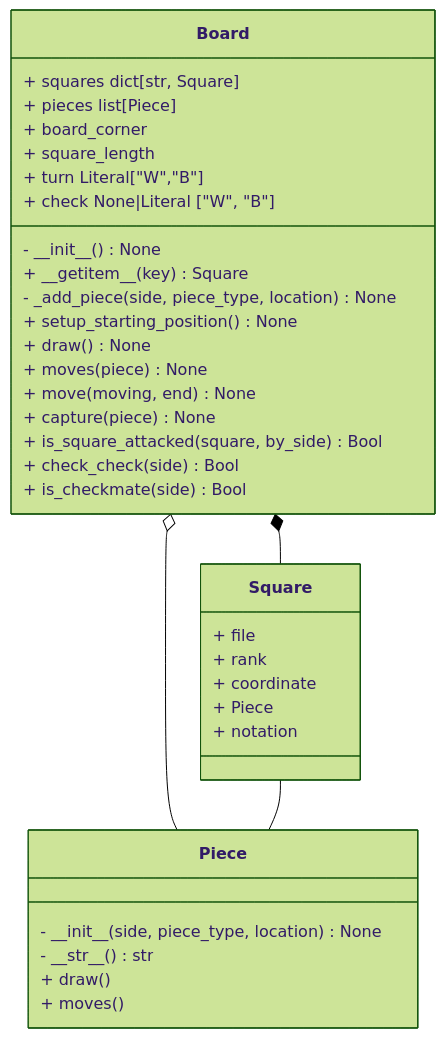
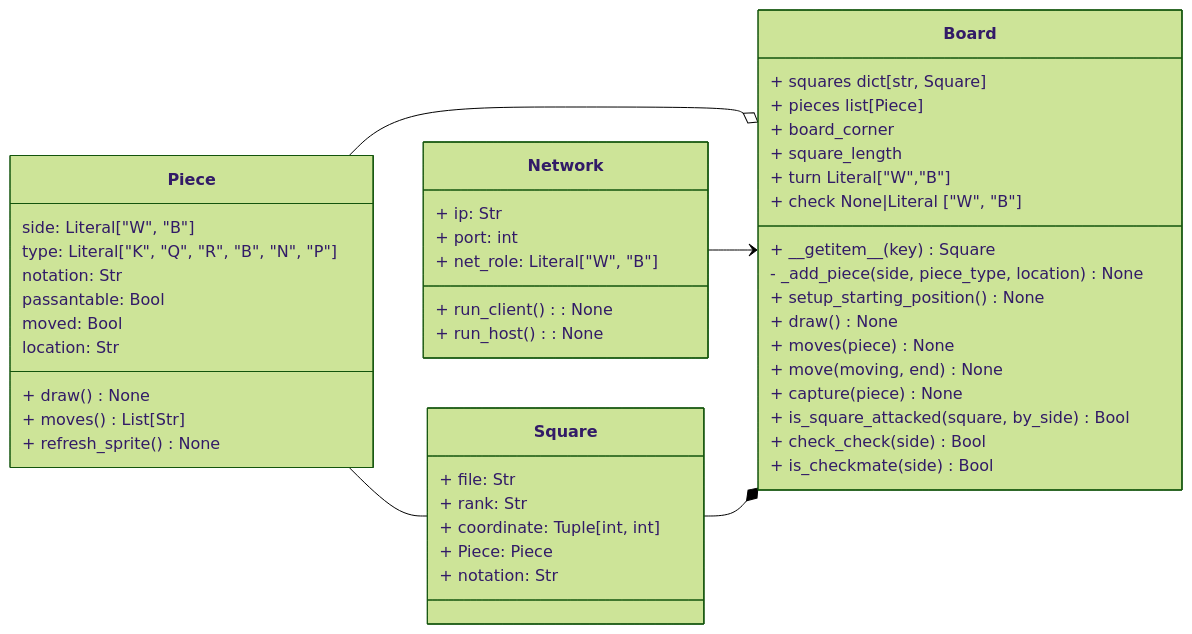
The second of 2 diagrams in Obsidian/CS/Chess Class Diagram.md (Ice424/CS-ALevel), drawn with Mermaid (forest theme) before and after one commit. The commit also changed other lines of this file and 3 other files, not shown here.

````diff
--- a/Obsidian/CS/Chess Class Diagram.md
+++ b/Obsidian/CS/Chess Class Diagram.md
@@ -20,42 +20,57 @@
 ```mermaid
 classDiagram
+	direction RL
     class Board {
-        - \_\_init__() None
         + \_\_getitem__(key) Square 
         - \_add_piece(side, piece_type, location) None
     
         + setup_starting_position() None
         + draw() None
         + moves(piece) None
         + move(moving, end) None
         + capture(piece) None
         + is_square_attacked(square, by_side) Bool
         + check_check(side) Bool
         + is_checkmate(side) Bool
     
         + squares dict[str, Square]
         + pieces list[Piece]
         + board_corner
         + square_length 
         + turn Literal["W","B"]
         + check None|Literal ["W", "B"]
         }
 
     class Piece {
-        - \_\_init__(side, piece_type, location) None
-        - \_\_str__() str
-        + draw()
-        + moves()
+		side: Literal["W", "B"]
+		type: Literal["K", "Q", "R", "B", "N", "P"]
+		notation: Str
+		passantable: Bool
+		moved: Bool
+		location: Str
+        + draw() None
+        + moves() List[Str]
+        + refresh_sprite() None
     }
 
     class Square {
-        + file
-        + rank
-        + coordinate 
-        + Piece
-        + notation
+        + file: Str
+        + rank: Str
+        + coordinate: Tuple[int, int]
+        + Piece: Piece
+        + notation: Str
+    }
+    
+    class Network {
+	    + ip: Str
+	    + port: int
+	    + net_role: Literal["W", "B"]
+    
+	    + run_client(): None
+	    + run_host(): None
     }
 Board *-- Square
 Board o-- Piece 
+Board <-- Network
 Square -- Piece
 ```
````
